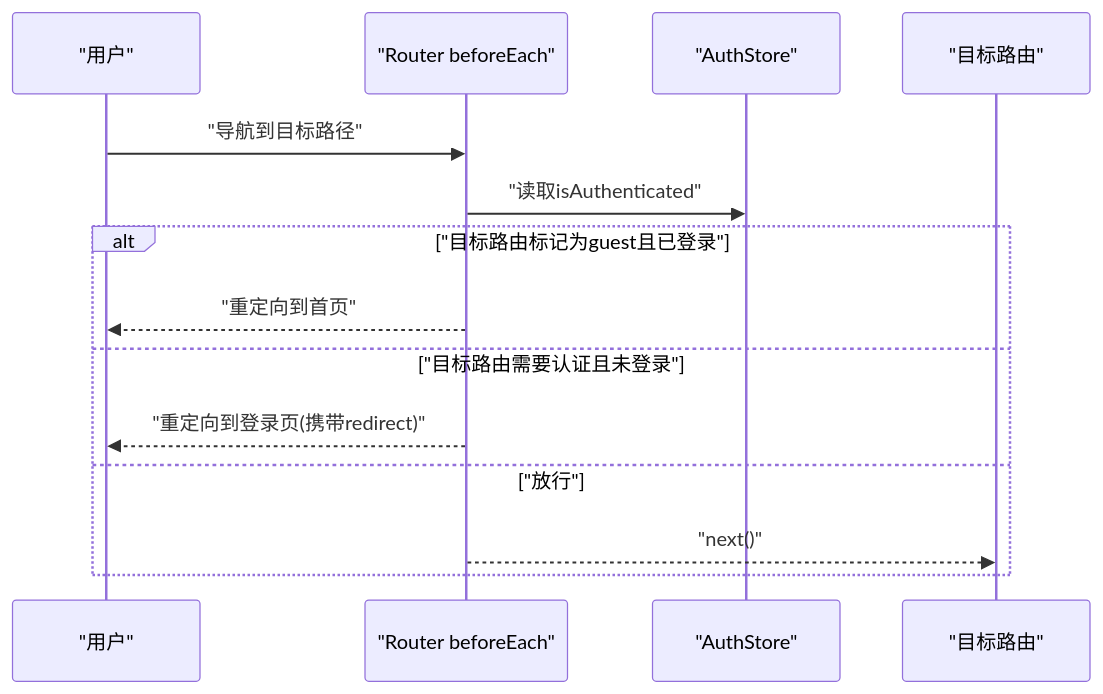
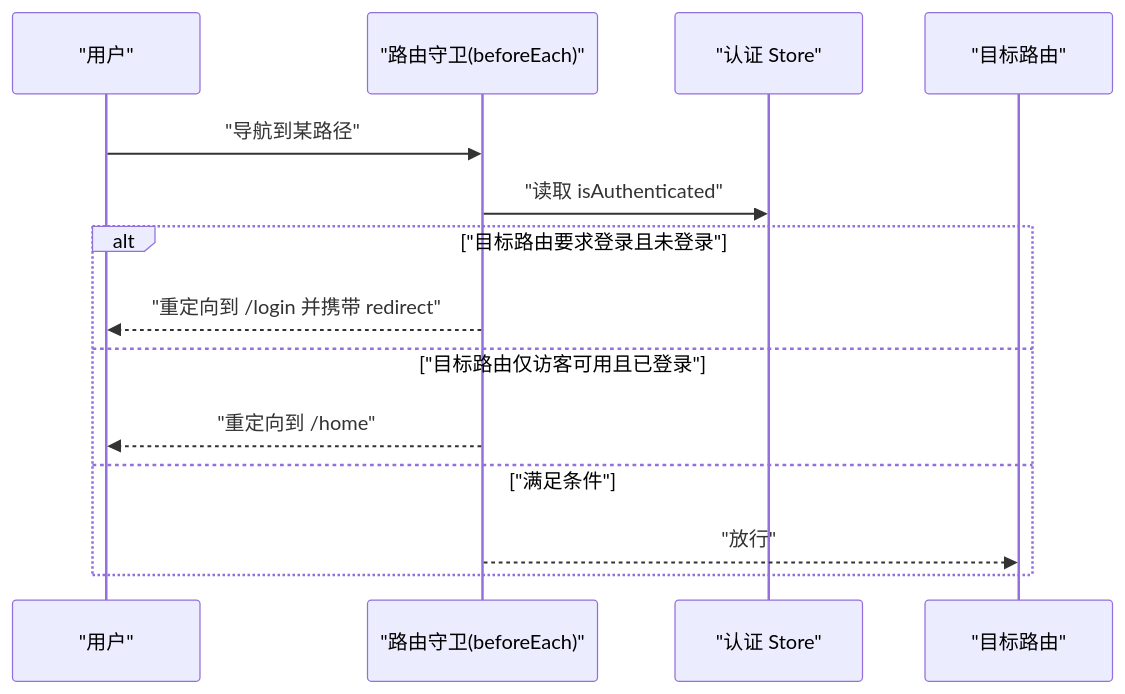
The third of 7 diagrams in .qoder/repowiki/zh/content/前端架构设计/前端架构设计.md (koala-xiong/communication-qoder), drawn with Mermaid before and after one commit. The commit also changed other lines of this file and 73 other files, not shown here.

````diff
--- a/.qoder/repowiki/zh/content/前端架构设计/前端架构设计.md
+++ b/.qoder/repowiki/zh/content/前端架构设计/前端架构设计.md
@@ -244,16 +154,16 @@
 ```mermaid
 sequenceDiagram
 participant U as "用户"
-participant R as "Router beforeEach"
-participant S as "AuthStore"
+participant R as "路由守卫(beforeEach)"
+participant S as "认证 Store"
 participant N as "目标路由"
-U->>R : "导航到目标路径"
-R->>S : "读取isAuthenticated"
-alt "目标路由标记为guest且已登录"
-R-->>U : "重定向到首页"
-else "目标路由需要认证且未登录"
-R-->>U : "重定向到登录页(携带redirect)"
-else "放行"
-R-->>N : "next()"
+U->>R : "导航到某路径"
+R->>S : "读取 isAuthenticated"
+alt "目标路由要求登录且未登录"
+R-->>U : "重定向到 /login 并携带 redirect"
+else "目标路由仅访客可用且已登录"
+R-->>U : "重定向到 /home"
+else "满足条件"
+R-->>N : "放行"
 end
 ```
````
